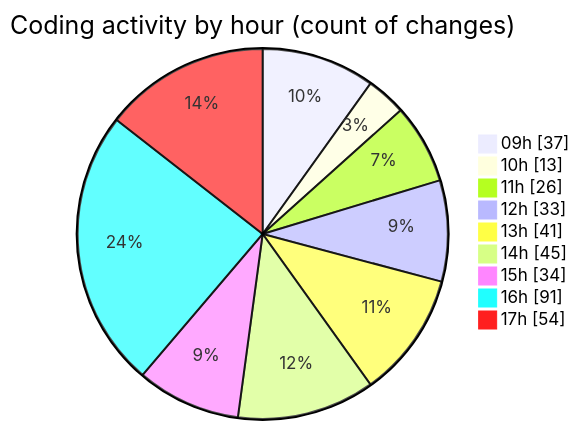
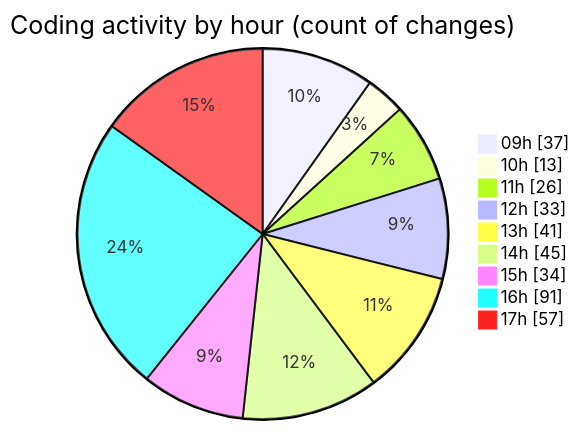
The second of 2 diagrams in 2026-04-23/cda/README.md (momahboobian/code-tracking), drawn with Mermaid before and after one commit. The commit also changed other lines of this file and 1 other file, not shown here.

````diff
--- a/2026-04-23/cda/README.md
+++ b/2026-04-23/cda/README.md
@@ -57,13 +57,13 @@
 ```mermaid
 pie showData
 title Coding activity by hour (count of changes)
 "09h" : 37
 "10h" : 13
 "11h" : 26
 "12h" : 33
 "13h" : 41
 "14h" : 45
 "15h" : 34
 "16h" : 91
-"17h" : 54
+"17h" : 57
 ```
````
